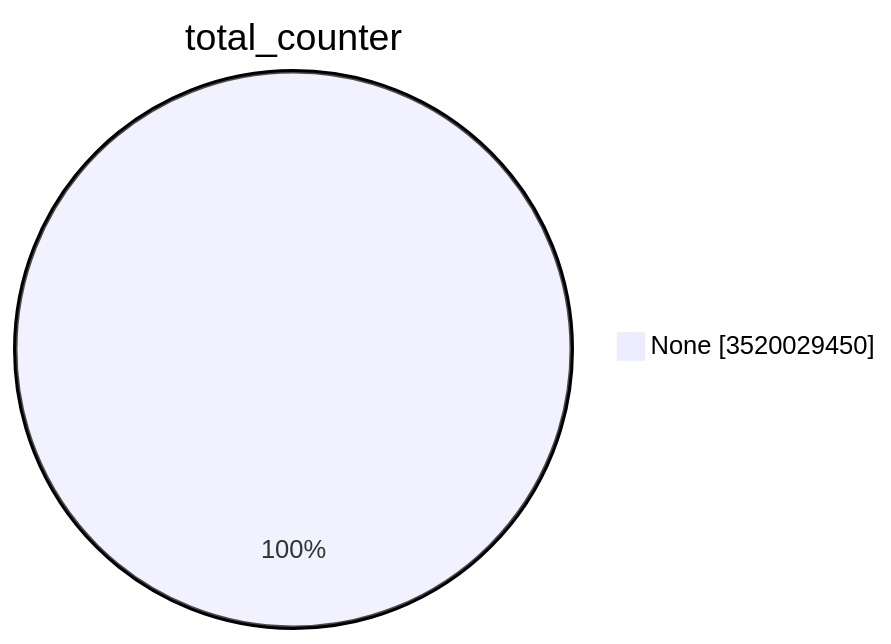
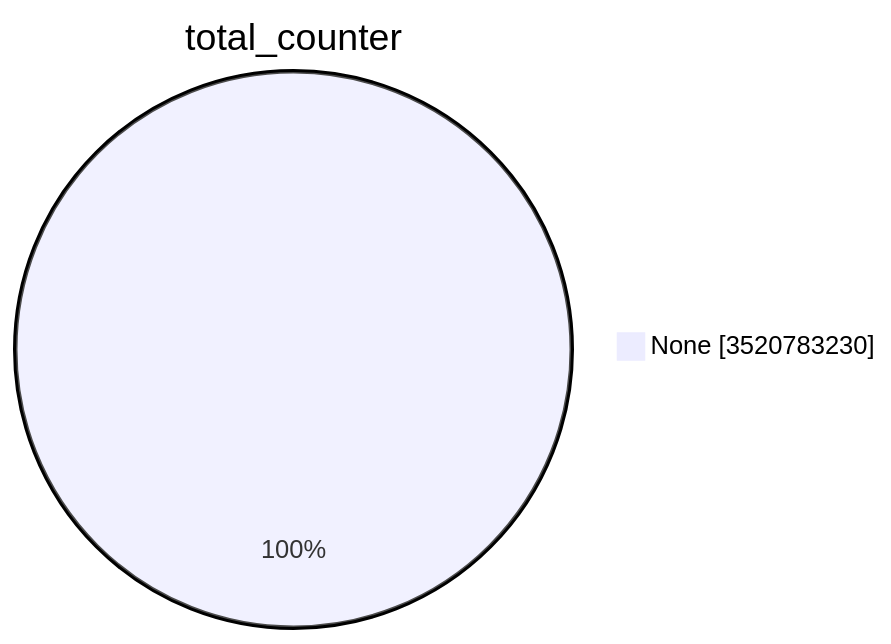
Before and after one commit to christiankrug/ctmonitor_visualization: the first of 15 diagrams in TOTAL/README.md, drawn with Mermaid. The commit also changed other lines of this file, not shown here.

````diff
--- a/TOTAL/README.md
+++ b/TOTAL/README.md
@@ -1,5 +1,5 @@
 ```mermaid
 pie showData
 title total_counter
-"None" :3520029450
+"None" :3520783230
 ```
````
